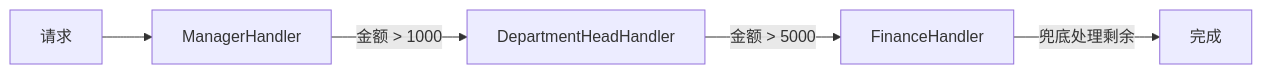
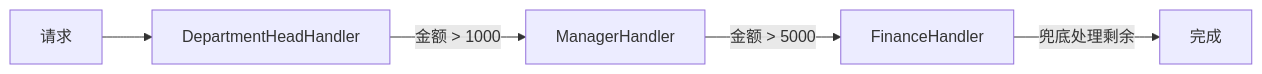
Before and after one commit to JulianZhuCode/23-design-pattern: the first of 2 diagrams in design-patternz/src/main/java/com/zhuzz/design/patternz/chainofresponsibility/reimbursement/README.zh.md, drawn with Mermaid. The commit also changed other lines of this file and 19 other files, not shown here.

````diff
--- a/design-patternz/src/main/java/com/zhuzz/design/patternz/chainofresponsibility/reimbursement/README.zh.md
+++ b/design-patternz/src/main/java/com/zhuzz/design/patternz/chainofresponsibility/reimbursement/README.zh.md
@@ -7,7 +7,7 @@
 ```mermaid
 flowchart LR
-    R[请求] --> M[ManagerHandler]
-    M -->|金额 > 1000| D[DepartmentHeadHandler]
-    D -->|金额 > 5000| F[FinanceHandler]
+    R[请求] --> D[DepartmentHeadHandler]
+    D -->|金额 > 1000| M[ManagerHandler]
+    M -->|金额 > 5000| F[FinanceHandler]
     F -->|兜底处理剩余| Done[完成]
 ```
````
